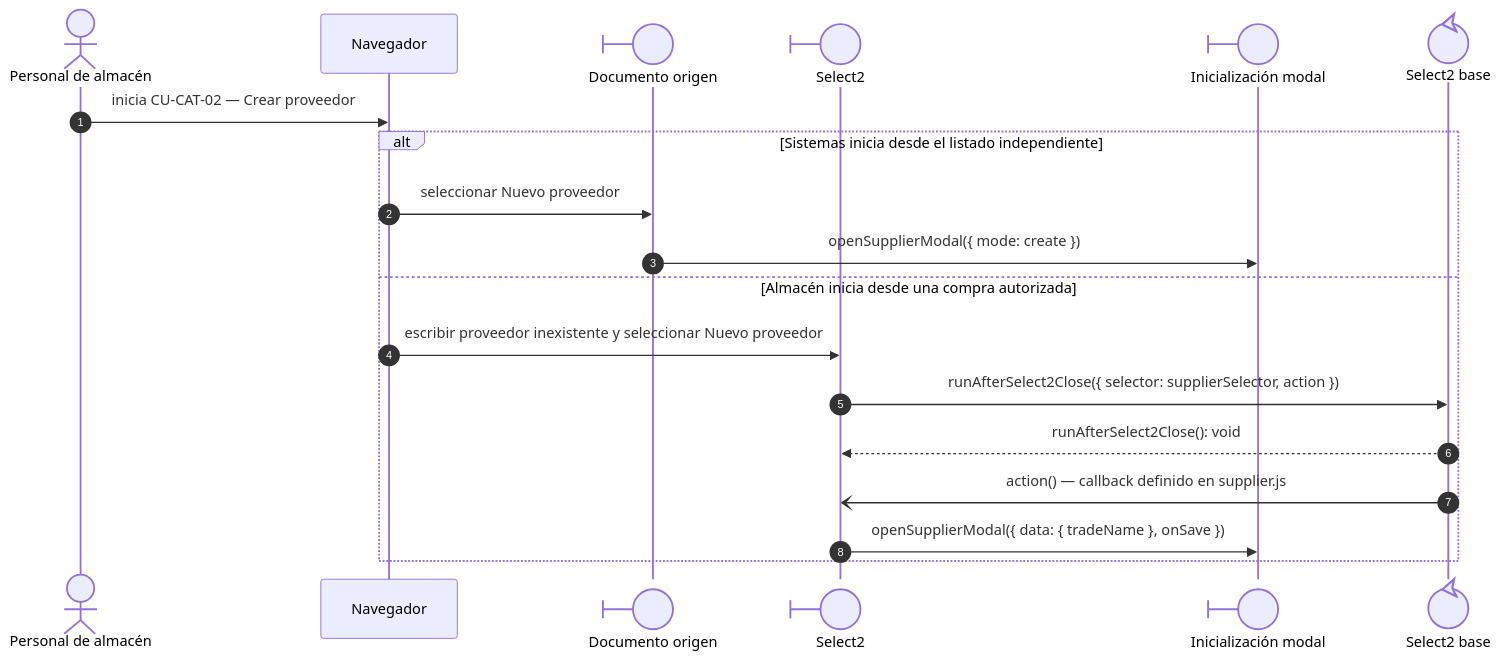
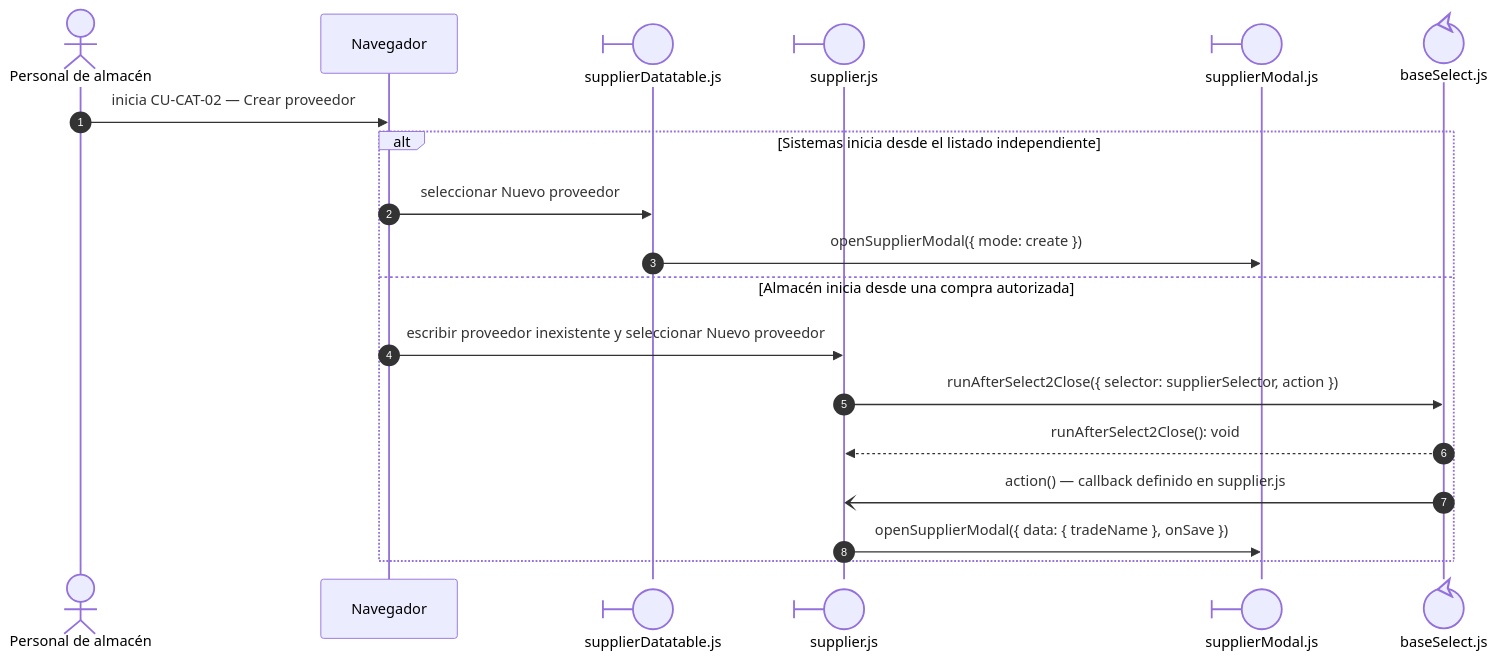
The second of 5 diagrams in docs/architecture/views/processes/frontend-code-sequences/catalogs/cu-cat-02.md (gpgsistemas01/nexus), drawn with Mermaid before and after one commit. The commit also changed other lines of this file and 192 other files, not shown here.

Commit message:
docs: make sequence file ownership explicit and align code flows

````diff
--- a/docs/architecture/views/processes/frontend-code-sequences/catalogs/cu-cat-02.md
+++ b/docs/architecture/views/processes/frontend-code-sequences/catalogs/cu-cat-02.md
@@ -39,23 +131,23 @@
 ```mermaid
 sequenceDiagram
     autonumber
     actor Initiator as Personal de almacén
     participant Browser as Navegador
-    participant Origin@{ "type": "boundary" } as Documento origen
-    participant Select@{ "type": "boundary" } as Select2
-    participant Modal@{ "type": "boundary" } as Inicialización modal
+    participant Origin@{ "type": "boundary" } as supplierDatatable.js
+    participant Select@{ "type": "boundary" } as supplier.js
+    participant Modal@{ "type": "boundary" } as supplierModal.js
 
-    participant SelectBase@{ "type": "control" } as Select2 base
+    participant SelectBase@{ "type": "control" } as baseSelect.js
 
     Initiator->>Browser: inicia CU-CAT-02 — Crear proveedor
     alt Sistemas inicia desde el listado independiente
         Browser->>Origin: seleccionar Nuevo proveedor
         Origin->>Modal: openSupplierModal({ mode: create })
     else Almacén inicia desde una compra autorizada
         Browser->>Select: escribir proveedor inexistente y seleccionar Nuevo proveedor
         Select->>SelectBase: runAfterSelect2Close({ selector: supplierSelector, action })
         SelectBase-->>Select: runAfterSelect2Close(): void
         SelectBase-)Select: action() — callback definido en supplier.js
         Select->>Modal: openSupplierModal({ data: { tradeName }, onSave })
     end
 ```
````
